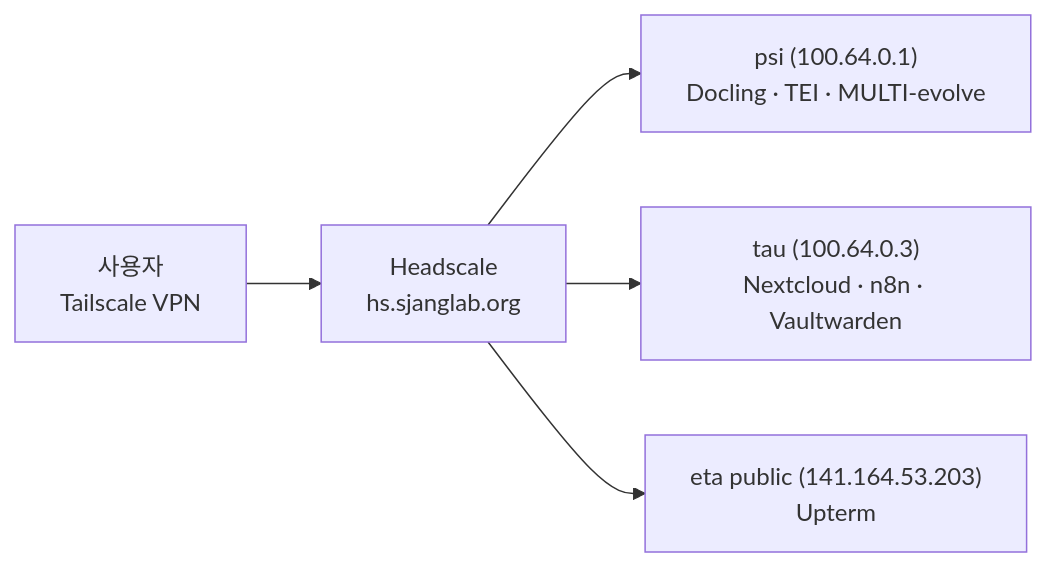
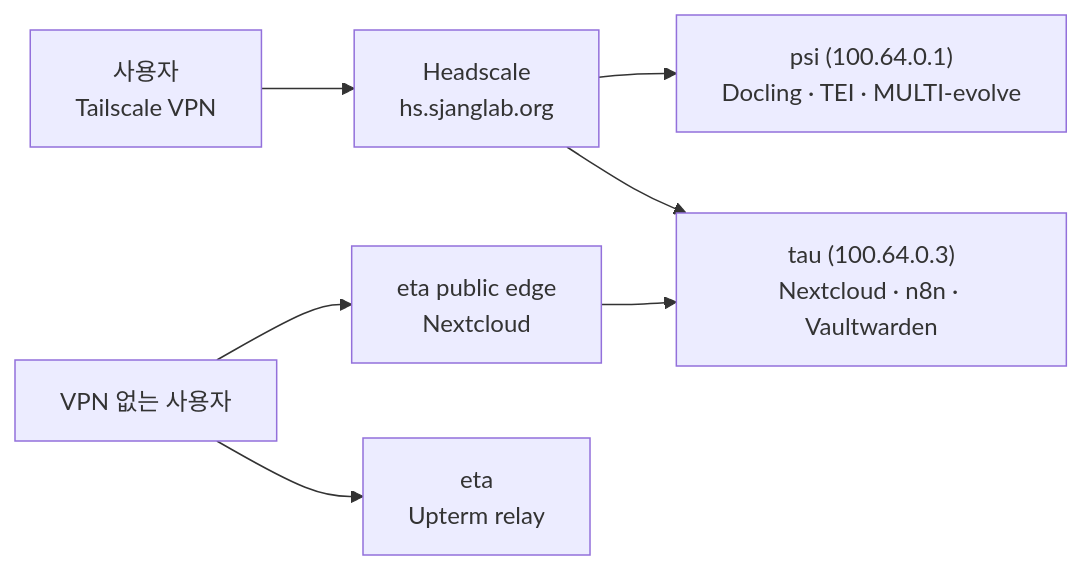
Before and after one commit to SBEE-Lab/infra: the diagram in docs/guide/vpn-setup.md, drawn with Mermaid. The commit also changed other lines of this file and 21 other files, not shown here.

````diff
--- a/docs/guide/vpn-setup.md
+++ b/docs/guide/vpn-setup.md
@@ -122,7 +122,9 @@
 ```mermaid
 flowchart LR
   user["사용자<br/>Tailscale VPN"] --> hs["Headscale<br/>hs.sjanglab.org"]
   hs --> psi["psi (100.64.0.1)<br/>Docling · TEI · MULTI-evolve"]
   hs --> tau["tau (100.64.0.3)<br/>Nextcloud · n8n · Vaultwarden"]
-  hs --> eta_pub["eta public (141.164.53.203)<br/>Upterm"]
+  internet["VPN 없는 사용자"] --> eta_edge["eta public edge<br/>Nextcloud"]
+  eta_edge --> tau
+  internet --> upterm["eta<br/>Upterm relay"]
 ```
````
